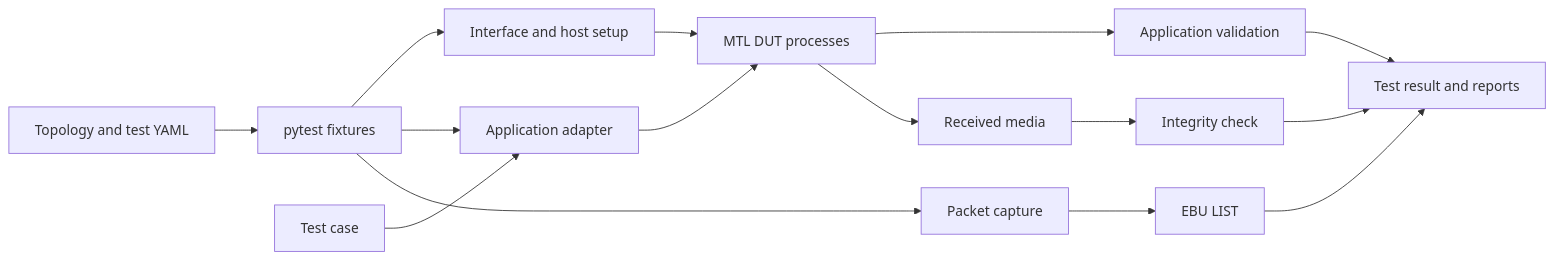
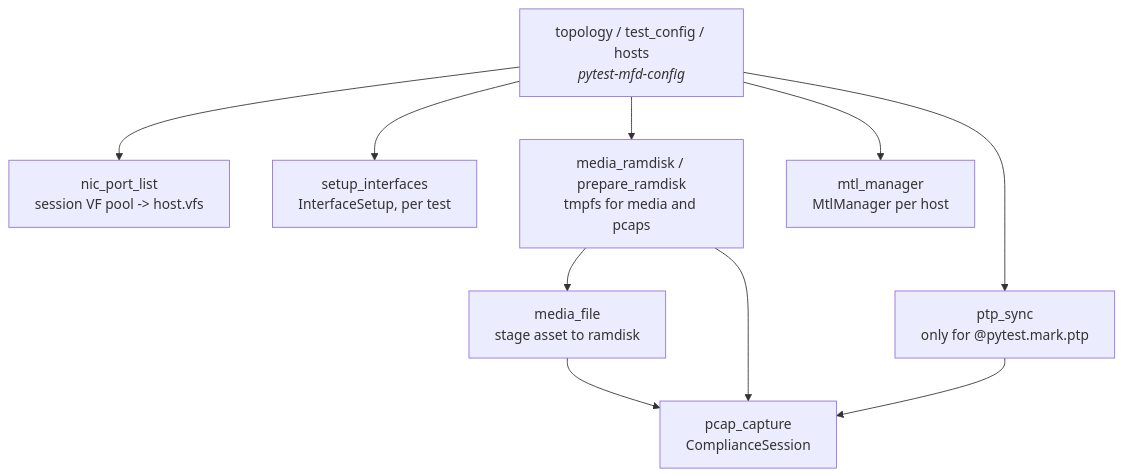
The diagram in doc/validation-design.md (OpenVisualCloud/Media-Transport-Library), drawn with Mermaid before and after one commit. The commit also changed other lines of this file and 8 other files, not shown here.

````diff
--- a/doc/validation-design.md
+++ b/doc/validation-design.md
@@ -30,17 +134,12 @@
 ```mermaid
-flowchart LR
-    C[Topology and test YAML] --> P[pytest fixtures]
-    T[Test case] --> A[Application adapter]
-    P --> I[Interface and host setup]
-    P --> A
-    P --> N[Packet capture]
-    I --> D[MTL DUT processes]
-    A --> D
-    D --> V[Application validation]
-    D --> M[Received media]
-    N --> E[EBU LIST]
-    M --> G[Integrity check]
-    V --> R[Test result and reports]
-    E --> R
-    G --> R
+flowchart TD
+    A[topology / test_config / hosts<br/><i>pytest-mfd-config</i>] --> B[nic_port_list<br/>session VF pool -> host.vfs]
+    A --> C[setup_interfaces<br/>InterfaceSetup, per test]
+    A --> D[media_ramdisk / prepare_ramdisk<br/>tmpfs for media and pcaps]
+    A --> E[mtl_manager<br/>MtlManager per host]
+    A --> F[ptp_sync<br/>only for @pytest.mark.ptp]
+    D --> G[media_file<br/>stage asset to ramdisk]
+    G --> H[pcap_capture<br/>ComplianceSession]
+    F --> H
+    D --> H
 ```
````
